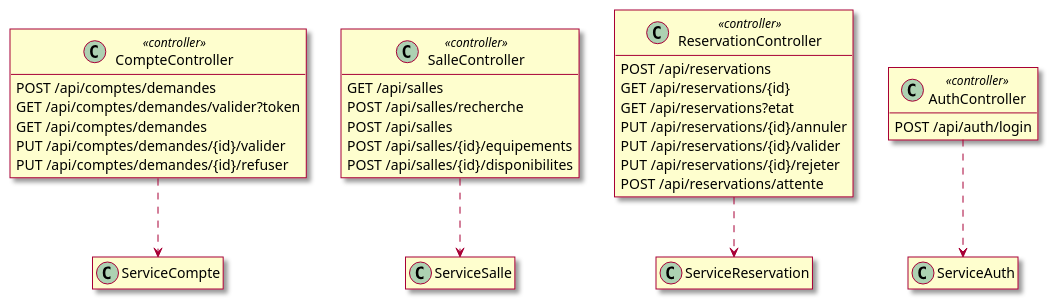
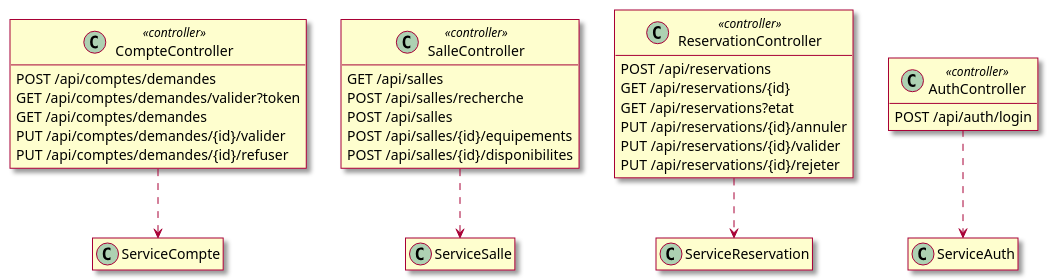
Before and after one commit to mrajaonson/glg204-room-management-system: diagram 35 of 35 in docs/03-Conception.md, drawn with PlantUML. The commit also changed other lines of this file and 3 other files, not shown here.

````diff
--- a/docs/03-Conception.md
+++ b/docs/03-Conception.md
@@ -1868,41 +1710,40 @@
 ```plantuml
 @startuml
 skin rose
 hide empty members
 
 class CompteController <<controller>> {
   POST /api/comptes/demandes
   GET /api/comptes/demandes/valider?token
   GET /api/comptes/demandes
   PUT /api/comptes/demandes/{id}/valider
   PUT /api/comptes/demandes/{id}/refuser
 }
 
 class SalleController <<controller>> {
   GET /api/salles
   POST /api/salles/recherche
   POST /api/salles
   POST /api/salles/{id}/equipements
   POST /api/salles/{id}/disponibilites
 }
 
 class ReservationController <<controller>> {
   POST /api/reservations
   GET /api/reservations/{id}
   GET /api/reservations?etat
   PUT /api/reservations/{id}/annuler
   PUT /api/reservations/{id}/valider
   PUT /api/reservations/{id}/rejeter
-  POST /api/reservations/attente
 }
 
 class AuthController <<controller>> {
   POST /api/auth/login
 }
 
 CompteController ..> ServiceCompte
 SalleController ..> ServiceSalle
 ReservationController ..> ServiceReservation
 AuthController ..> ServiceAuth
 @enduml
 ```
````
